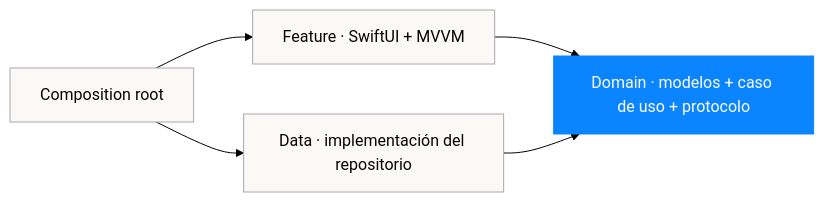
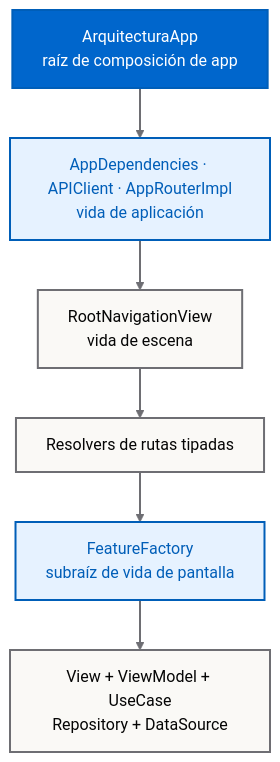
Before and after one commit to magnoscg/ios-architecture-reference: the first of 2 diagrams in README.es.md, drawn with Mermaid (forest theme). The commit also changed other lines of this file and 274 other files, not shown here.

Commit message:
feat: publish real iOS architecture reference

````diff
--- a/README.es.md
+++ b/README.es.md
@@ -30,12 +44,16 @@
 ```mermaid
-flowchart LR
-    App["Composition root"] --> Feature["Feature · SwiftUI + MVVM"]
-    App --> Data["Data · implementación del repositorio"]
-    Feature --> Domain["Domain · modelos + caso de uso + protocolo"]
-    Data --> Domain
+flowchart TB
+    App["ArquitecturaApp<br/>raíz de composición de app"] --> Lifetime["AppDependencies · APIClient · AppRouterImpl<br/>vida de aplicación"]
+    Lifetime --> Root["RootNavigationView<br/>vida de escena"]
+    Root --> Resolver["Resolvers de rutas tipadas"]
+    Resolver --> Factory["FeatureFactory<br/>subraíz de vida de pantalla"]
+    Factory --> Graph["View + ViewModel + UseCase<br/>Repository + DataSource"]
 
-    classDef domain fill:#0A84FF,color:#fff,stroke:#0A84FF;
-    classDef outer fill:#FAF9F6,color:#050505,stroke:#A8A8AD;
-    class Domain domain;
-    class App,Feature,Data outer;
+    classDef primary fill:#0066CC,color:#FFFFFF,stroke:#005EB8,stroke-width:2px;
+    classDef secondary fill:#E6F2FF,color:#005EB8,stroke:#005EB8,stroke-width:2px;
+    classDef neutral fill:#FAF9F6,color:#050505,stroke:#6E6E73,stroke-width:2px;
+    class App primary;
+    class Lifetime,Factory secondary;
+    class Root,Resolver,Graph neutral;
+    linkStyle default stroke:#6E6E73,stroke-width:2px;
 ```
````
